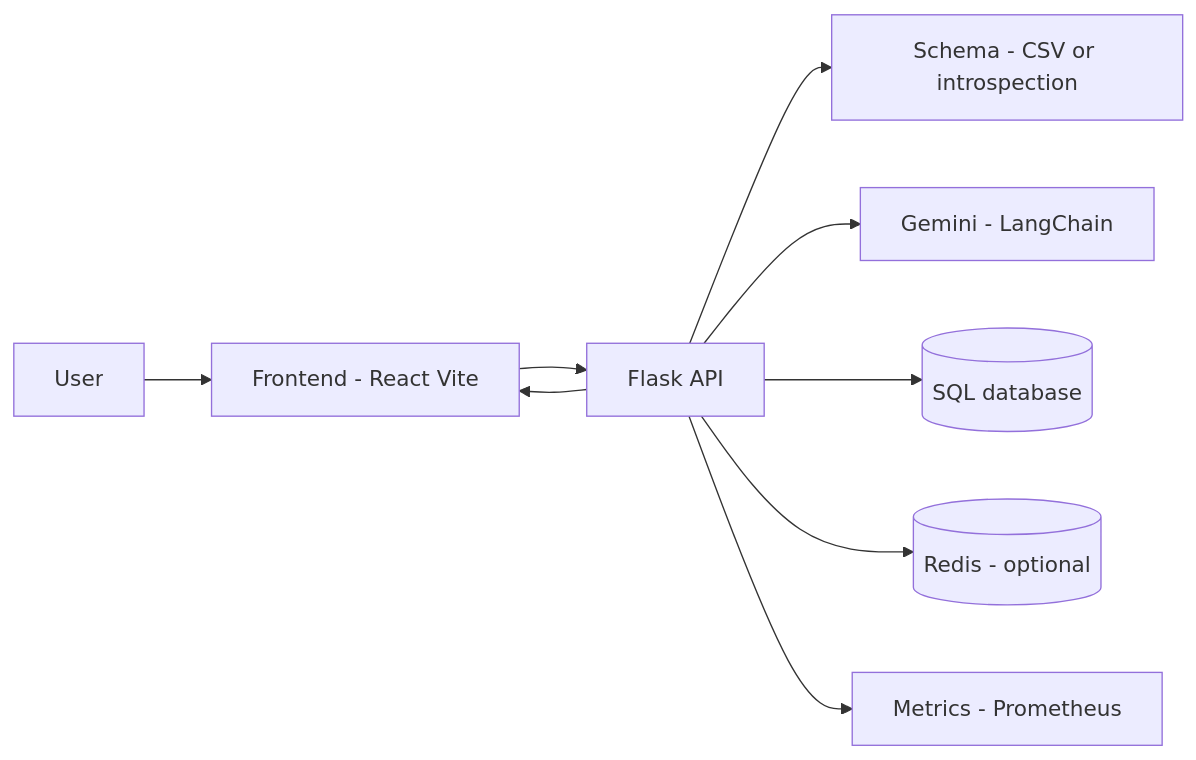
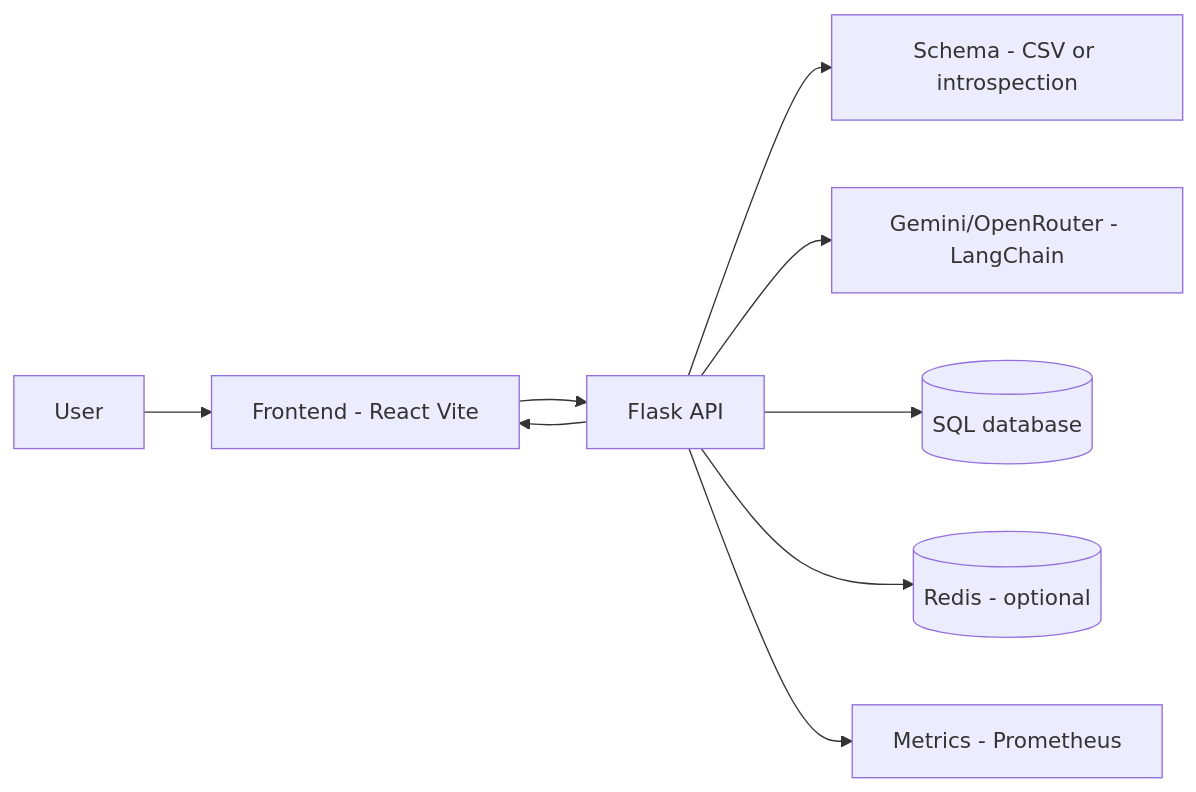
The diagram in README.md (charan047/AskDB), drawn with Mermaid before and after one commit. The commit also changed other lines of this file and 4 other files, not shown here.

Commit message:
Add OpenRouter LLM support

````diff
--- a/README.md
+++ b/README.md
@@ -67,12 +67,12 @@
 ```mermaid
 flowchart LR
   U[User] --> FE[Frontend - React Vite]
   FE --> API[Flask API]
   API --> SCHEMA[Schema - CSV or introspection]
-  API --> LLM[Gemini - LangChain]
+  API --> LLM[Gemini/OpenRouter - LangChain]
   API --> DB[(SQL database)]
   API --> R[(Redis - optional)]
   API --> M[Metrics - Prometheus]
   API --> FE
 
 ```
````
